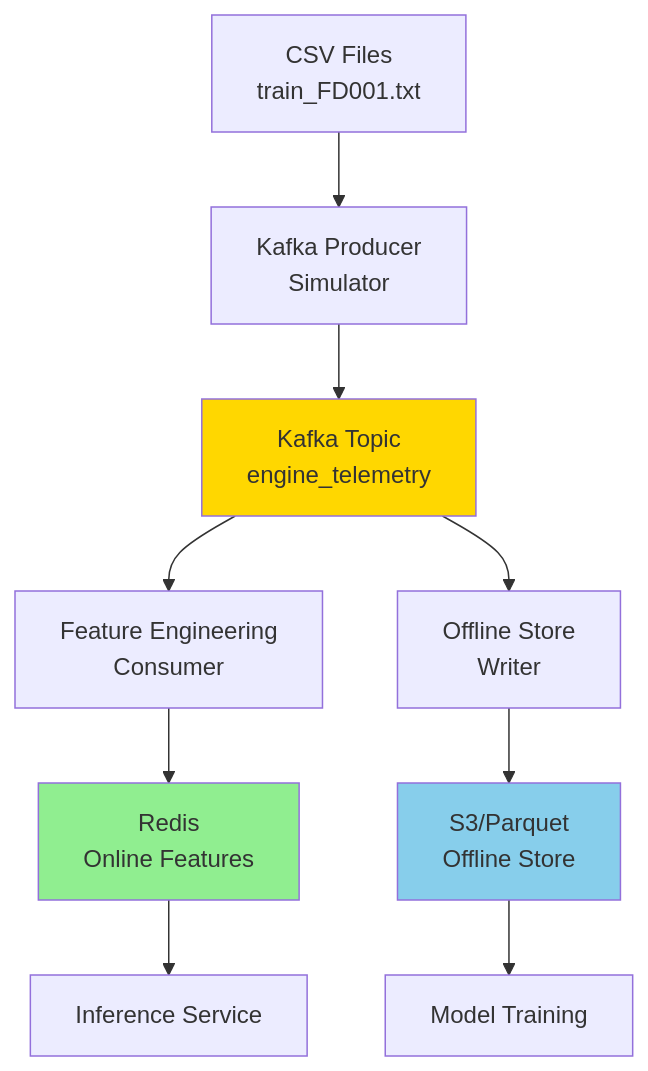
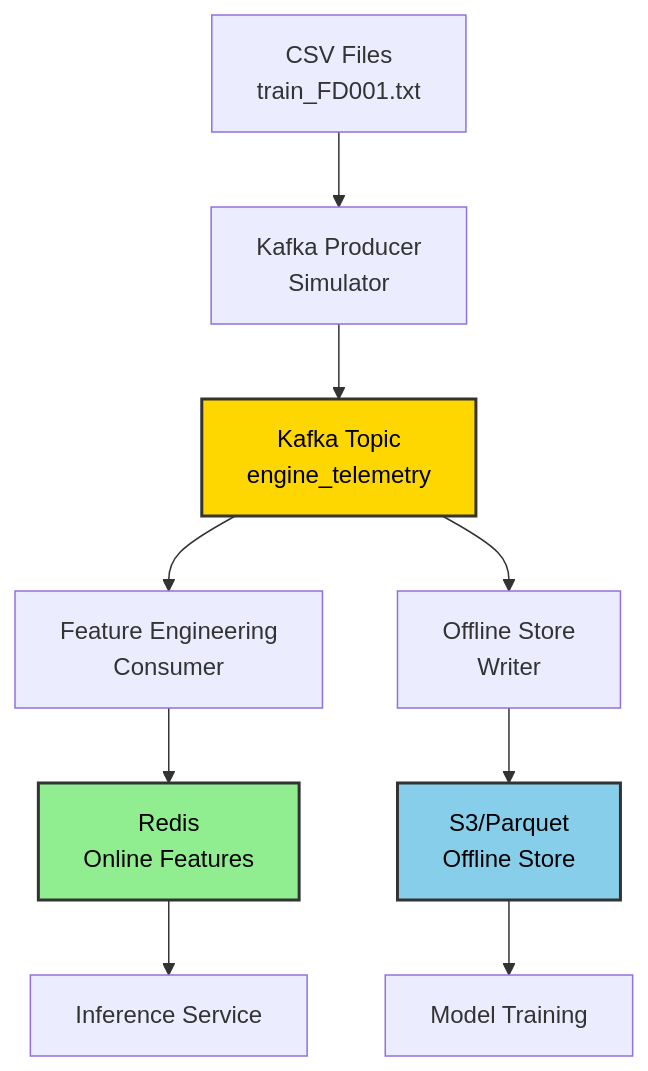
One commit to nasim-raj-laskar/Real-Time-Aircraft-Engine-Predictive-Maintenance-System changed the first of 2 diagrams in docs/06_streaming_pipeline.md. Above: the diagram before and after it, drawn with Mermaid. The commit also changed other lines of this file and 8 other files, not shown here.

````diff
--- a/docs/06_streaming_pipeline.md
+++ b/docs/06_streaming_pipeline.md
@@ -7,18 +7,18 @@
 ```mermaid
 flowchart TD
     A[CSV Files<br/>train_FD001.txt] --> B[Kafka Producer<br/>Simulator]
     B --> C[Kafka Topic<br/>engine_telemetry]
     
     C --> D[Feature Engineering<br/>Consumer]
     C --> E[Offline Store<br/>Writer]
     
     D --> F[Redis<br/>Online Features]
     E --> G[S3/Parquet<br/>Offline Store]
     
     F --> H[Inference Service]
     G --> I[Model Training]
     
-    style C fill:#FFD700
-    style F fill:#90EE90
-    style G fill:#87CEEB
+    style C fill:#FFD700,stroke:#333,stroke-width:2px,color:#000
+    style F fill:#90EE90,stroke:#333,stroke-width:2px,color:#000
+    style G fill:#87CEEB,stroke:#333,stroke-width:2px,color:#000
 ```
````
